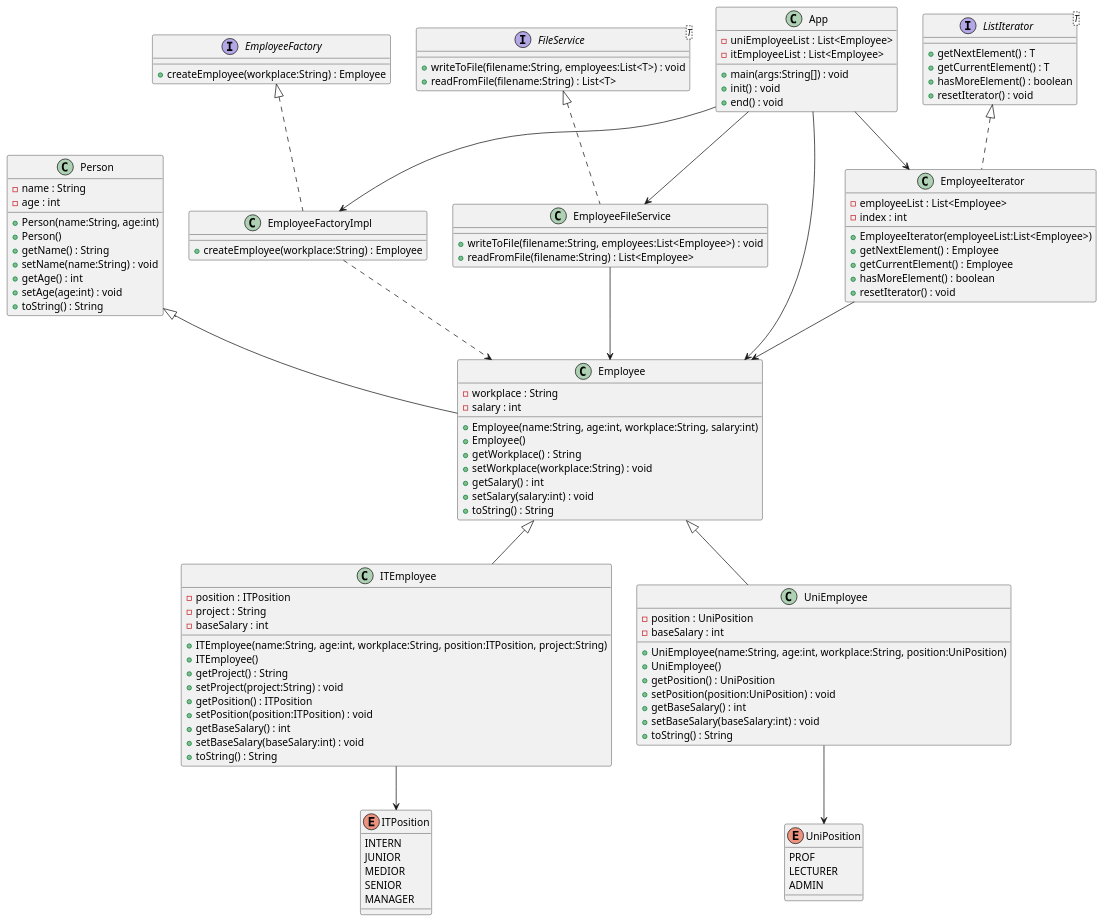
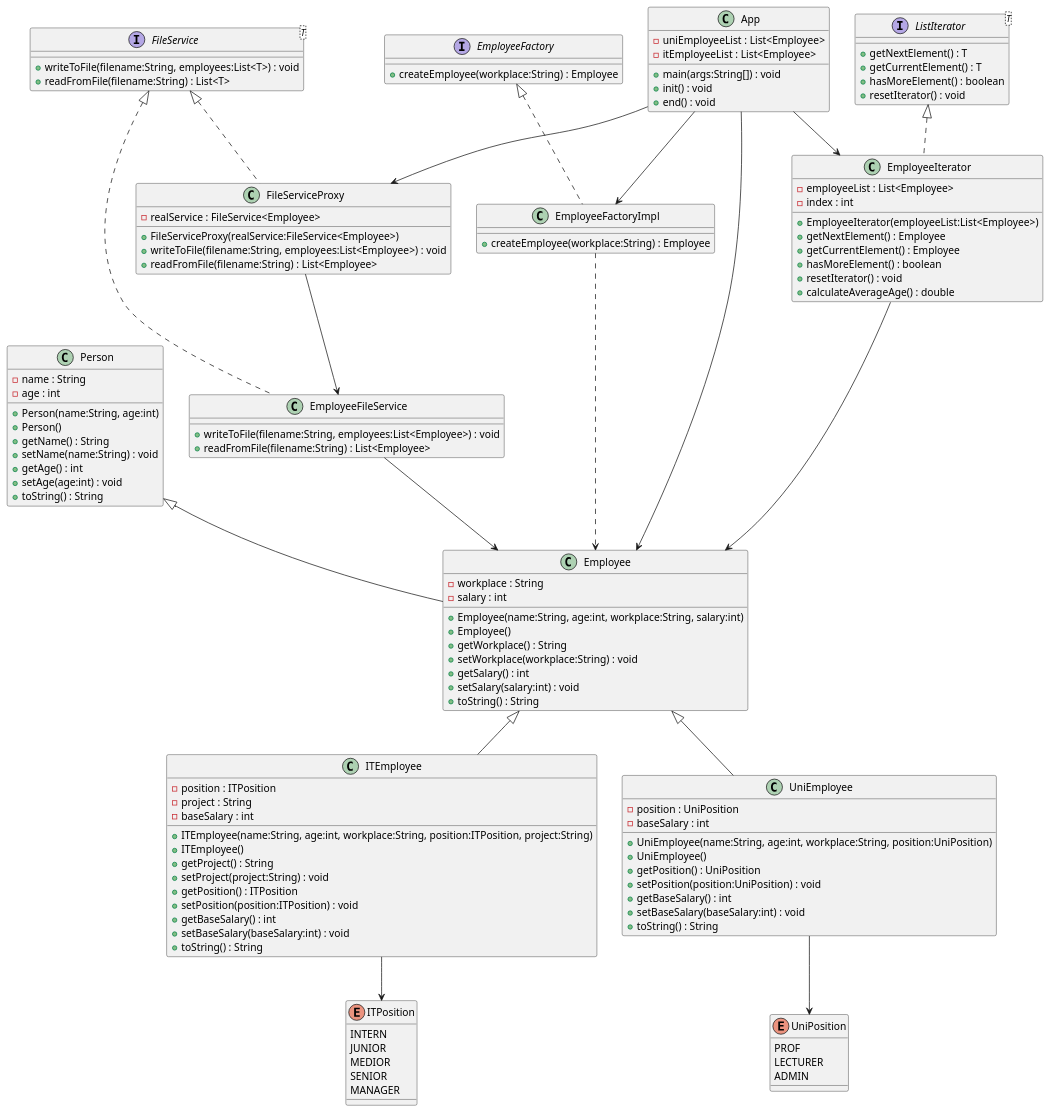
The diagram in docs/classdiagram.puml (Ddavid111/employee-management-system), drawn with PlantUML before and after one commit. The commit also changed 9 other files, not shown here.

First line of the commit message:
Refactor EmployeeFileService and introduce FileServiceProxy for enhanced file operations

```diff
--- a/docs/classdiagram.puml
+++ b/docs/classdiagram.puml
@@ -1,136 +1,147 @@
 @startuml
+
 ' ====== Alap osztály ======
 class Person {
   - name : String
   - age : int
   + Person(name:String, age:int)
   + Person()
   + getName() : String
   + setName(name:String) : void
   + getAge() : int
   + setAge(age:int) : void
   + toString() : String
 }
 
 ' ====== Employee és leszármazottai ======
 class Employee {
   - workplace : String
   - salary : int
   + Employee(name:String, age:int, workplace:String, salary:int)
   + Employee()
   + getWorkplace() : String
   + setWorkplace(workplace:String) : void
   + getSalary() : int
   + setSalary(salary:int) : void
   + toString() : String
 }
 
 class ITEmployee {
   - position : ITPosition
   - project : String
   - baseSalary : int
   + ITEmployee(name:String, age:int, workplace:String, position:ITPosition, project:String)
   + ITEmployee()
   + getProject() : String
   + setProject(project:String) : void
   + getPosition() : ITPosition
   + setPosition(position:ITPosition) : void
   + getBaseSalary() : int
   + setBaseSalary(baseSalary:int) : void
   + toString() : String
 }
 
 class UniEmployee {
   - position : UniPosition
   - baseSalary : int
   + UniEmployee(name:String, age:int, workplace:String, position:UniPosition)
   + UniEmployee()
   + getPosition() : UniPosition
   + setPosition(position:UniPosition) : void
   + getBaseSalary() : int
   + setBaseSalary(baseSalary:int) : void
   + toString() : String
 }
 
 ' ====== Enum típusok ======
 enum ITPosition {
   INTERN
   JUNIOR
   MEDIOR
   SENIOR
   MANAGER
 }
 
 enum UniPosition {
   PROF
   LECTURER
   ADMIN
 }
 
 Person <|-- Employee
 Employee <|-- ITEmployee
 Employee <|-- UniEmployee
 ITEmployee --> ITPosition
 UniEmployee --> UniPosition
 
 ' ====== Factory Pattern ======
 interface EmployeeFactory {
   + createEmployee(workplace:String) : Employee
 }
 
 class EmployeeFactoryImpl {
   + createEmployee(workplace:String) : Employee
 }
 
 EmployeeFactory <|.. EmployeeFactoryImpl
 EmployeeFactoryImpl ..> Employee
 
-' ====== FileService + Implementáció ======
+' ====== FileService + Proxy + Implementáció ======
 interface FileService<T> {
   + writeToFile(filename:String, employees:List<T>) : void
   + readFromFile(filename:String) : List<T>
 }
 
 class EmployeeFileService {
   + writeToFile(filename:String, employees:List<Employee>) : void
   + readFromFile(filename:String) : List<Employee>
 }
 
+class FileServiceProxy {
+  - realService : FileService<Employee>
+  + FileServiceProxy(realService:FileService<Employee>)
+  + writeToFile(filename:String, employees:List<Employee>) : void
+  + readFromFile(filename:String) : List<Employee>
+}
+
 FileService <|.. EmployeeFileService
+FileService <|.. FileServiceProxy
+FileServiceProxy --> EmployeeFileService
 EmployeeFileService --> Employee
 
-' ====== Iterator Pattern ======
+' ====== Iterator Pattern (Analyzer Iterator) ======
 interface ListIterator<T> {
   + getNextElement() : T
   + getCurrentElement() : T
   + hasMoreElement() : boolean
   + resetIterator() : void
 }
 
 class EmployeeIterator {
   - employeeList : List<Employee>
   - index : int
   + EmployeeIterator(employeeList:List<Employee>)
   + getNextElement() : Employee
   + getCurrentElement() : Employee
   + hasMoreElement() : boolean
   + resetIterator() : void
+  + calculateAverageAge() : double
 }
 
 ListIterator <|.. EmployeeIterator
 EmployeeIterator --> Employee
 
 ' ====== Főprogram ======
 class App {
   - uniEmployeeList : List<Employee>
   - itEmployeeList : List<Employee>
   + main(args:String[]) : void
   + init() : void
   + end() : void
 }
 
-App --> EmployeeFileService
+App --> FileServiceProxy
 App --> EmployeeIterator
 App --> EmployeeFactoryImpl
 App --> Employee
 @enduml
```
